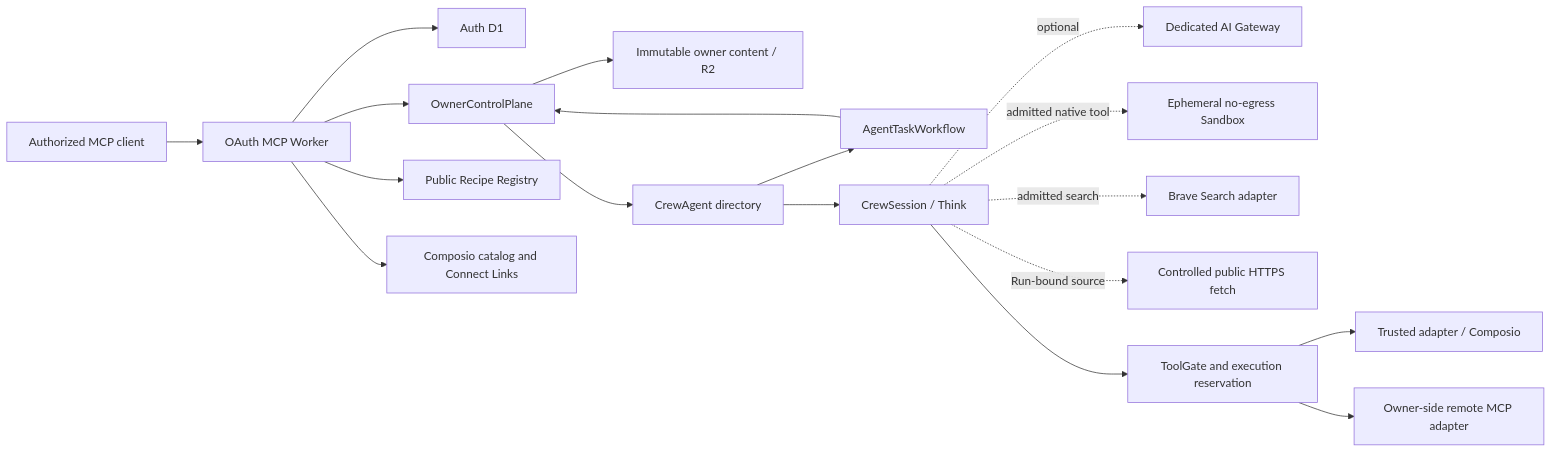
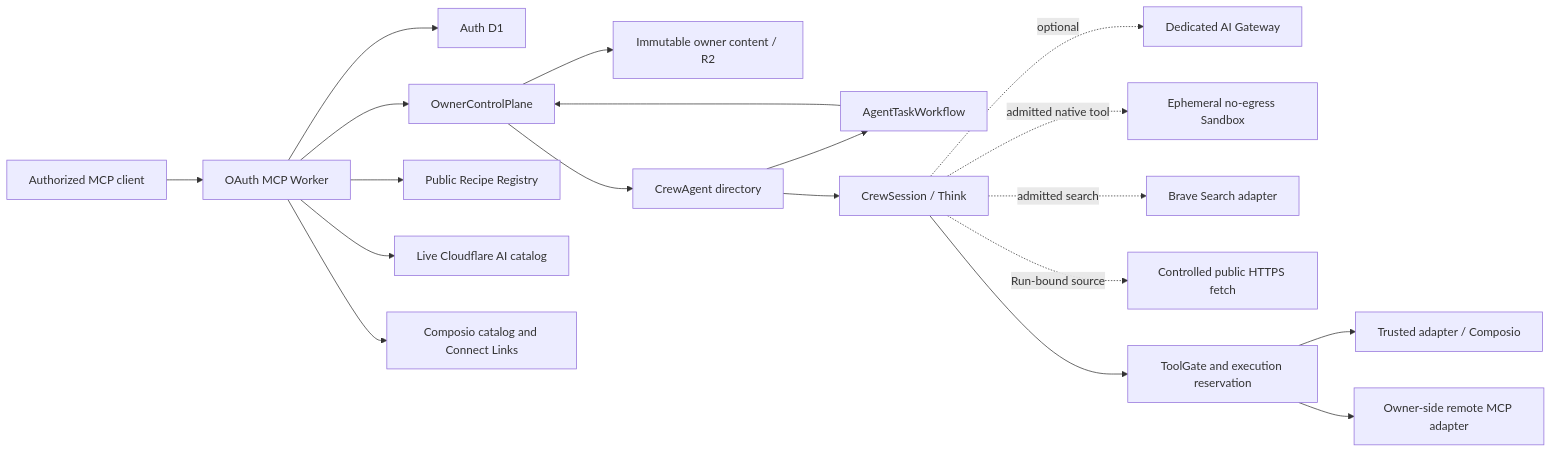
One commit to fkrein1/crewhelm changed the diagram in docs/architecture/system.md. Above: the diagram before and after it, drawn with Mermaid. The commit also changed other lines of this file and 55 other files, not shown here.

First line of the commit message:
feat: add live model catalog workflow

````diff
--- a/docs/architecture/system.md
+++ b/docs/architecture/system.md
@@ -11,20 +11,21 @@
 ```mermaid
 flowchart LR
     MCP["Authorized MCP client"] --> Worker["OAuth MCP Worker"]
     Worker --> Auth["Auth D1"]
     Worker --> Owner["OwnerControlPlane"]
     Worker --> Registry["Public Recipe Registry"]
+    Worker --> ModelCatalog["Live Cloudflare AI catalog"]
     Owner --> Content["Immutable owner content / R2"]
     Owner --> Agent["CrewAgent directory"]
     Agent --> Workflow["AgentTaskWorkflow"]
     Workflow --> Owner
     Agent --> Session["CrewSession / Think"]
     Session -. optional .-> Gateway["Dedicated AI Gateway"]
     Session -. admitted native tool .-> Sandbox["Ephemeral no-egress Sandbox"]
     Session -. admitted search .-> Search["Brave Search adapter"]
     Session -. Run-bound source .-> Web["Controlled public HTTPS fetch"]
     Worker --> Catalog["Composio catalog and Connect Links"]
     Session --> Gate["ToolGate and execution reservation"]
     Gate --> Composio["Trusted adapter / Composio"]
     Gate --> RemoteMCP["Owner-side remote MCP adapter"]
 ```
````
